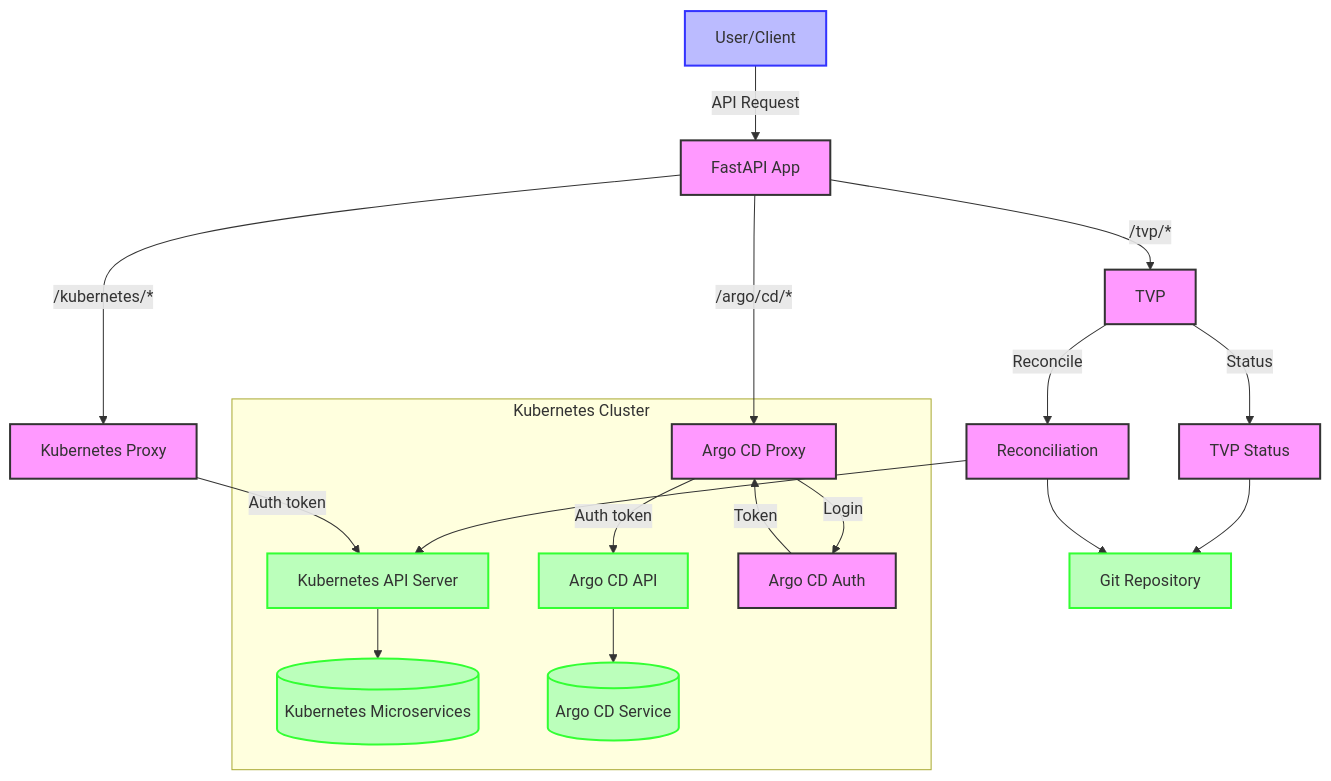
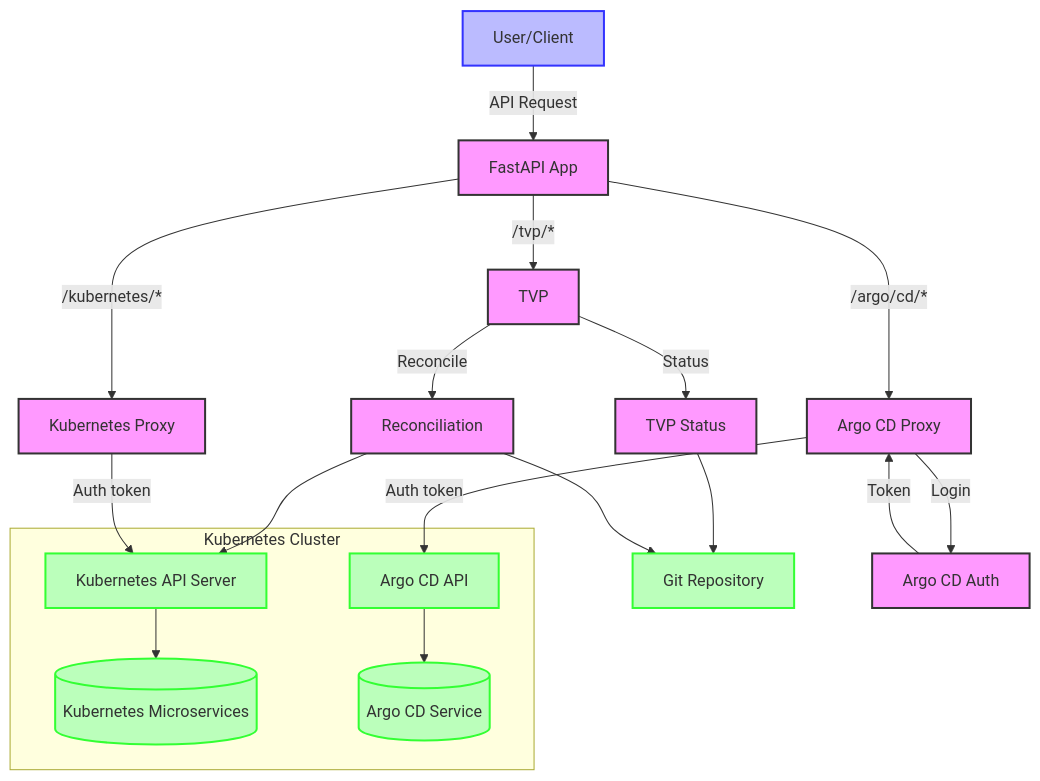
One commit to lloydchang/tvp-k8s changed the diagram in fastapi/mermaid/data-flow-diagram.mermaid. Above: the diagram before and after it, drawn with Mermaid.

```diff
--- a/fastapi/mermaid/data-flow-diagram.mermaid
+++ b/fastapi/mermaid/data-flow-diagram.mermaid
@@ -1,31 +1,31 @@
 flowchart TD
     User[User/Client] -->|API Request| API[FastAPI App]
     
     API -->|/kubernetes/*| KP[Kubernetes Proxy]
     API -->|/argo/cd/*| AP[Argo CD Proxy]
     API -->|/tvp/*| TVP[TVP]
         
     TVP -->|Status| TS[TVP Status]
     TVP -->|Reconcile| R[Reconciliation]
     
     TS --> Git[Git Repository]
     R --> Git
     R --> KA
 
     KP -->|Auth token| KA[Kubernetes API Server]
     AP -->|Auth token| AA[Argo CD API]
     AP -->|Login| Auth[Argo CD Auth]
+    Auth -->|Token| AP
 
     subgraph "Kubernetes Cluster"
-        Auth -->|Token| AP
         KA --> Kubernetes[(Kubernetes Microservices)]
         AA --> ArgoCD[(Argo CD Service)]
     end
     
     classDef user fill:#bbf,stroke:#33f,stroke-width:2px
     classDef app fill:#f9f,stroke:#333,stroke-width:2px
     classDef external fill:#bfb,stroke:#3f3,stroke-width:2px
     
     class User user
     class API,KP,AP,TVP,TS,R,Auth app
     class Kubernetes,ArgoCD,Git,KA,AA external
```
